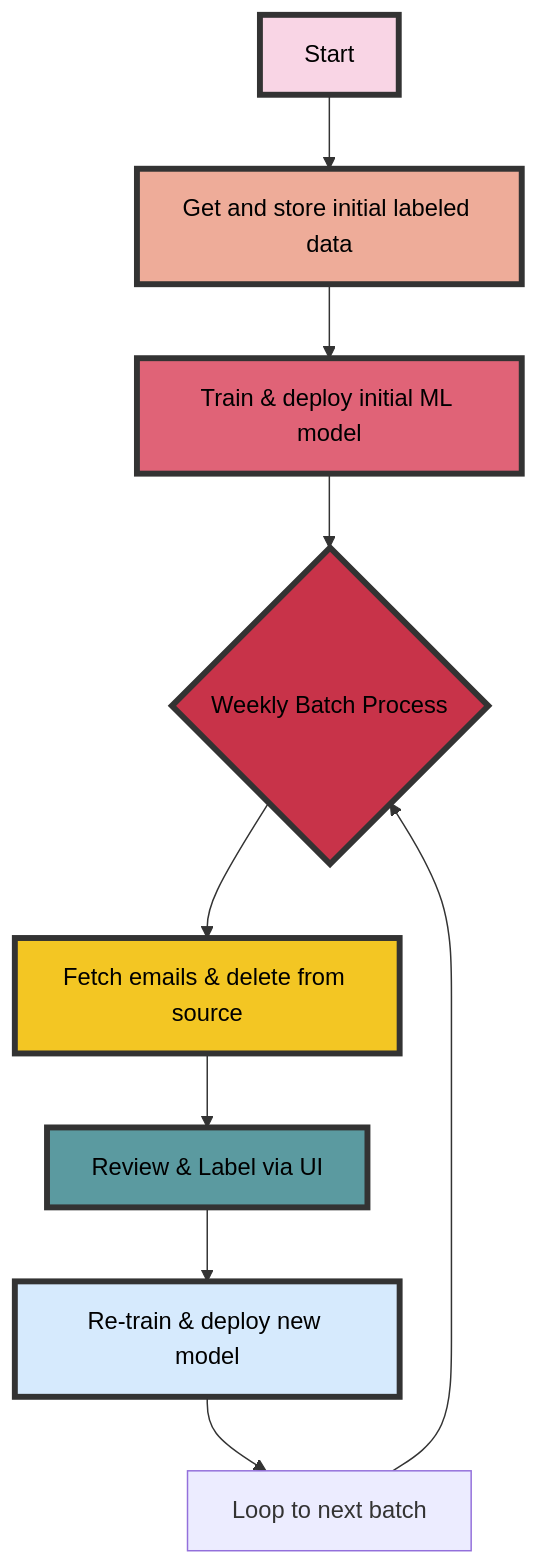
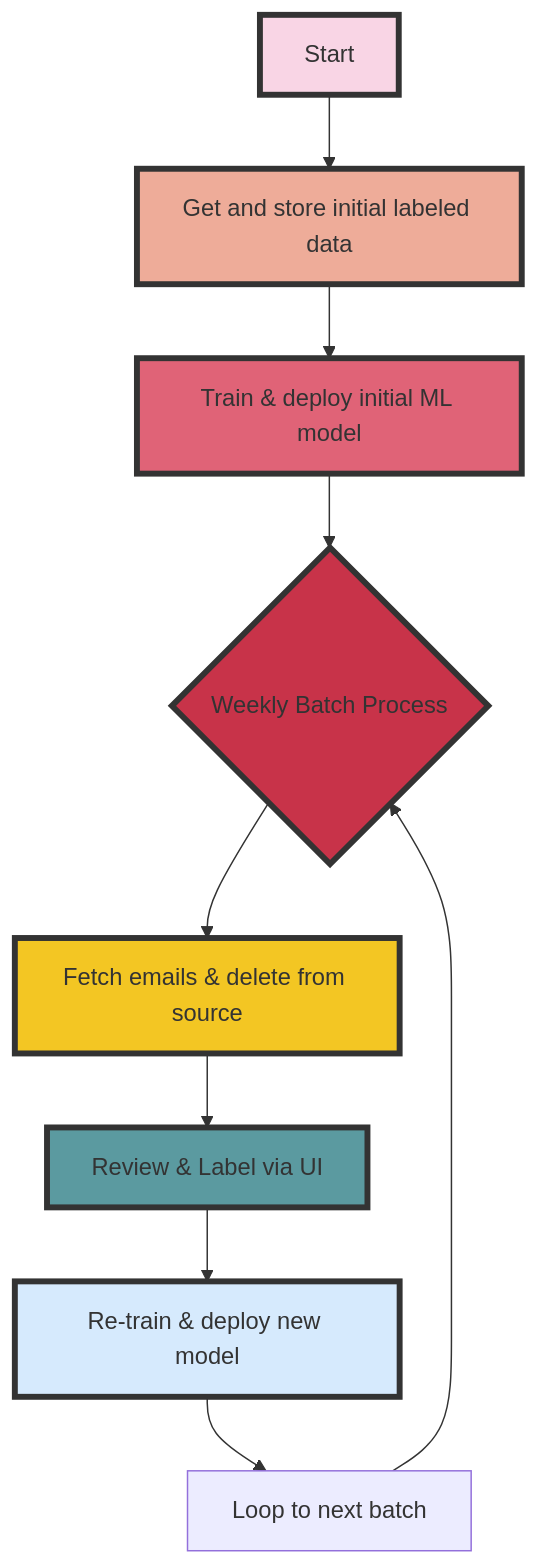
Before and after one commit to ugm2/email-discriminator: the diagram in README.md, drawn with Mermaid. The commit also changed 4 other files, not shown here.

````diff
--- a/README.md
+++ b/README.md
@@ -43,29 +43,29 @@
 ```mermaid
 graph TD
 
-    style A fill:#f9d5e5,stroke:#333,stroke-width:4px, color:#000;
-    style B fill:#eeac99,stroke:#333,stroke-width:4px, color:#000;
-    style C fill:#e06377,stroke:#333,stroke-width:4px, color:#000;
-    style D fill:#c83349,stroke:#333,stroke-width:4px, color:#000;
-    style E fill:#5b9aa0,stroke:#333,stroke-width:4px, color:#000;
-    style F fill:#d6eafd,stroke:#333,stroke-width:4px, color:#000;
-    style H fill:#f3c623,stroke:#333,stroke-width:4px, color:#000;
+    style A fill:#f9d5e5,stroke:#333,stroke-width:4px;
+    style B fill:#eeac99,stroke:#333,stroke-width:4px;
+    style C fill:#e06377,stroke:#333,stroke-width:4px;
+    style D fill:#c83349,stroke:#333,stroke-width:4px;
+    style E fill:#5b9aa0,stroke:#333,stroke-width:4px;
+    style F fill:#d6eafd,stroke:#333,stroke-width:4px;
+    style H fill:#f3c623,stroke:#333,stroke-width:4px;
 
     A[Start]
     B[Get and store initial labeled data]
     C[Train & deploy initial ML model]
     D{Weekly Batch Process}
     H[Fetch emails & delete from source]
     E[Review & Label via UI]
     F[Re-train & deploy new model]
     G[Loop to next batch]
 
     A --> B
     B --> C
     C --> D
     D --> H
     H --> E
     E --> F
     F --> G
     G --> D
 ```
````
